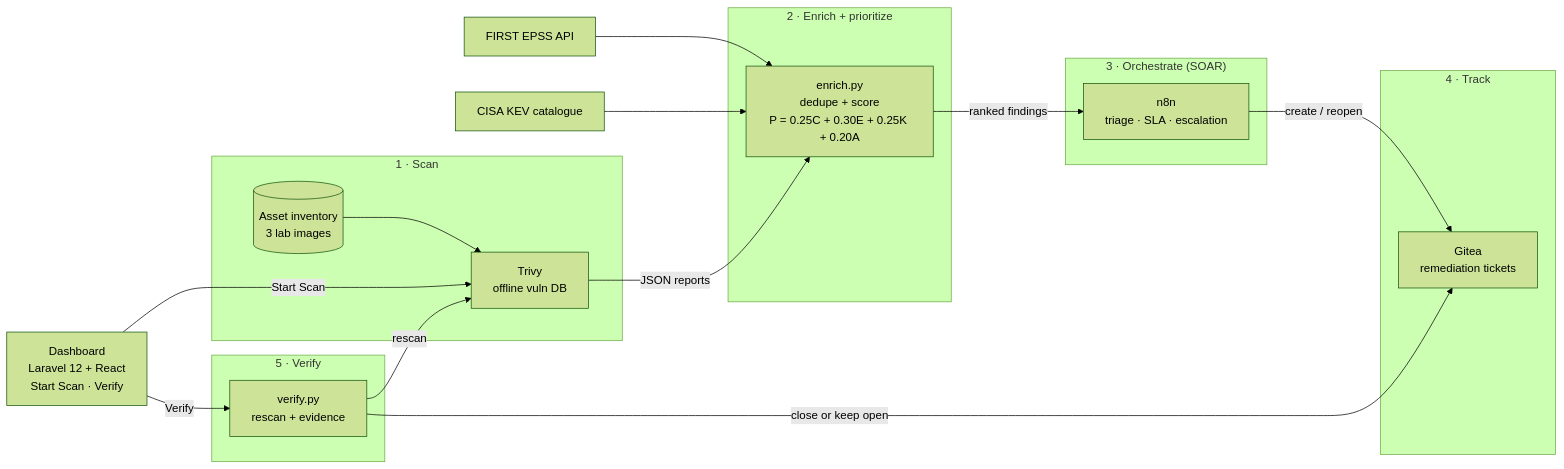
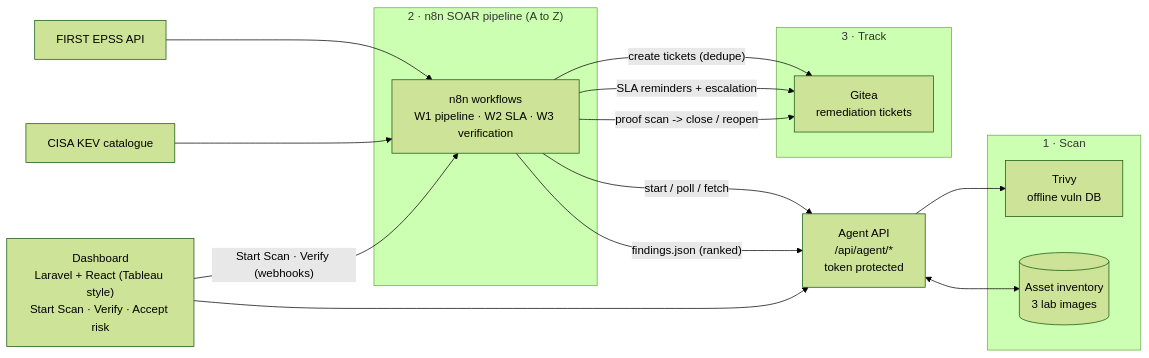
Before and after one commit to aminsmida2022-alt/Vulproject: the diagram in documentation/report-kit/diagrams/d1-architecture.mmd, drawn with Mermaid (forest theme). The commit also changed 49 other files, not shown here.

First line of the commit message:
n8n: secrets from env, verification evidence in dashboard, report kit for 3 workflows

```diff
--- a/documentation/report-kit/diagrams/d1-architecture.mmd
+++ b/documentation/report-kit/diagrams/d1-architecture.mmd
@@ -1,26 +1,24 @@
 flowchart LR
-    DASH["Dashboard<br/>Laravel 12 + React<br/>Start Scan · Verify"]
+    DASH["Dashboard<br/>Laravel + React (Tableau style)<br/>Start Scan · Verify · Accept risk"]
+    AGENT["Agent API<br/>/api/agent/*<br/>token protected"]
     subgraph A["1 · Scan"]
-        INV[("Asset inventory<br/>3 lab images")] --> TRIVY["Trivy<br/>offline vuln DB"]
+        TRIVY["Trivy<br/>offline vuln DB"]
+        INV[("Asset inventory<br/>3 lab images")]
     end
-    subgraph B["2 · Enrich + prioritize"]
-        ENR["enrich.py<br/>dedupe + score<br/>P = 0.25C + 0.30E + 0.25K + 0.20A"]
+    subgraph B["2 · n8n SOAR pipeline (A to Z)"]
+        N8N["n8n workflows<br/>W1 pipeline · W2 SLA · W3 verification"]
     end
-    subgraph C["3 · Orchestrate (SOAR)"]
-        N8N["n8n<br/>triage · SLA · escalation"]
-    end
-    subgraph D["4 · Track"]
+    subgraph C["3 · Track"]
         GITEA["Gitea<br/>remediation tickets"]
     end
-    subgraph E["5 · Verify"]
-        VER["verify.py<br/>rescan + evidence"]
-    end
-    EPSS["FIRST EPSS API"] --> ENR
-    KEV["CISA KEV catalogue"] --> ENR
-    TRIVY -- "JSON reports" --> ENR
-    ENR -- "ranked findings" --> N8N
-    N8N -- "create / reopen" --> GITEA
-    DASH -- "Start Scan" --> TRIVY
-    DASH -- "Verify" --> VER
-    VER -- "rescan" --> TRIVY
-    VER -- "close or keep open" --> GITEA
+    EPSS["FIRST EPSS API"] --> N8N
+    KEV["CISA KEV catalogue"] --> N8N
+    DASH -- "Start Scan · Verify (webhooks)" --> N8N
+    N8N -- "start / poll / fetch" --> AGENT
+    AGENT --> TRIVY
+    AGENT <--> INV
+    N8N -- "findings.json (ranked)" --> AGENT
+    N8N -- "create tickets (dedupe)" --> GITEA
+    N8N -- "SLA reminders + escalation" --> GITEA
+    N8N -- "proof scan -> close / reopen" --> GITEA
+    DASH --> AGENT
```
